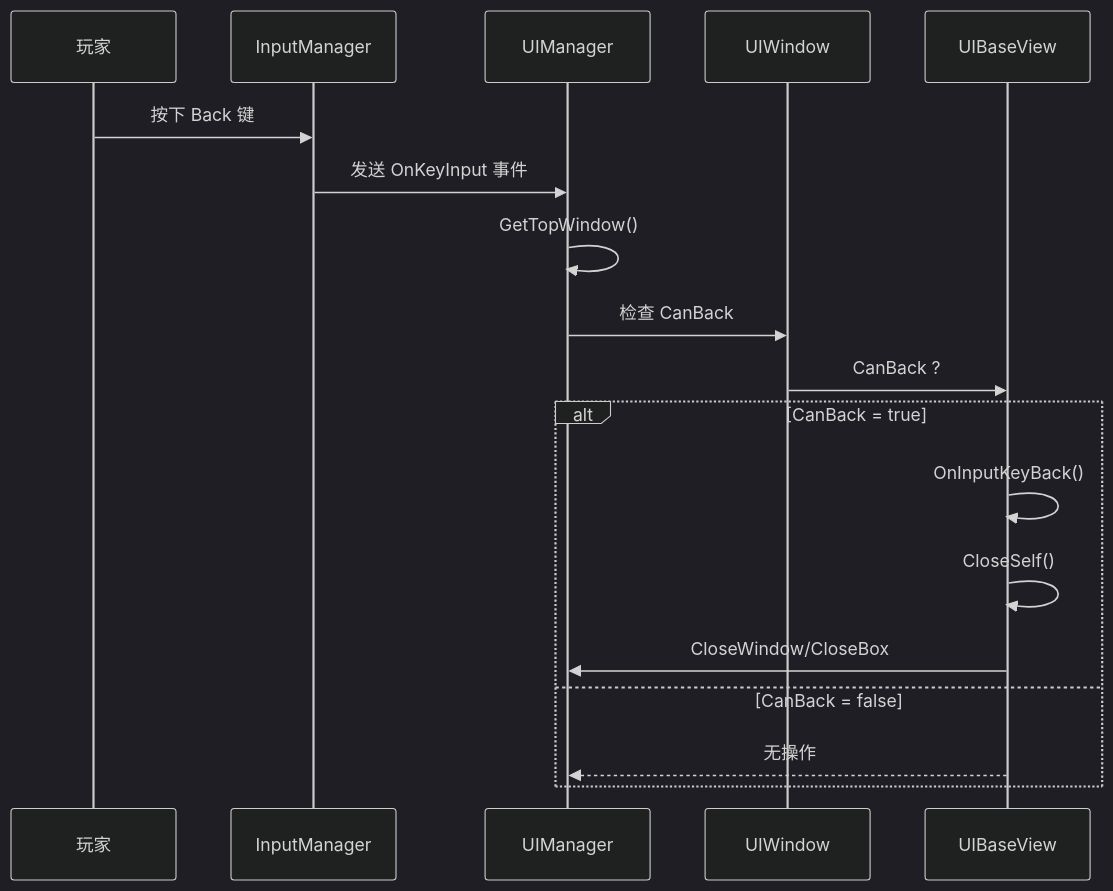
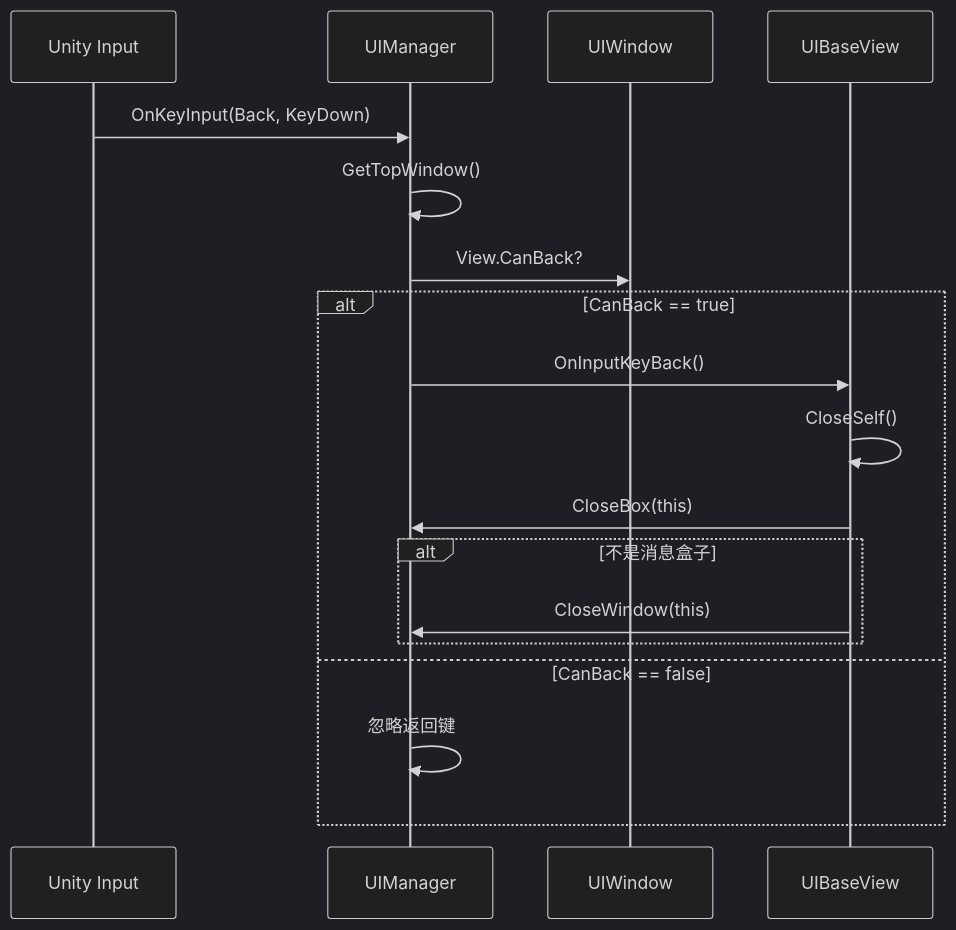
Before and after one commit to acsta/Container: the first of 3 diagrams in Assets/Scripts/Code/Module/UI/UIBaseView.cs.md, drawn with Mermaid (dark theme). The commit also changed other lines of this file and 1 other file, not shown here.

````diff
--- a/Assets/Scripts/Code/Module/UI/UIBaseView.cs.md
+++ b/Assets/Scripts/Code/Module/UI/UIBaseView.cs.md
@@ -346,22 +182,21 @@
 ```mermaid
 sequenceDiagram
-    participant Player as 玩家
-    participant Input as InputManager
+    participant Unity as Unity Input
     participant UM as UIManager
     participant Win as UIWindow
     participant View as UIBaseView
 
-    Player->>Input: 按下 Back 键
-    Input->>UM: 发送 OnKeyInput 事件
+    Unity->>UM: OnKeyInput(Back, KeyDown)
     UM->>UM: GetTopWindow()
-    UM->>Win: 检查 CanBack
-    Win->>View: CanBack ?
-    
-    alt CanBack = true
-        View->>View: OnInputKeyBack()
+    UM->>Win: View.CanBack?
+    alt CanBack == true
+        UM->>View: OnInputKeyBack()
         View->>View: CloseSelf()
-        View->>UM: CloseWindow/CloseBox
-    else CanBack = false
-        View-->>UM: 无操作
+        View->>UM: CloseBox(this)
+        alt 不是消息盒子
+            View->>UM: CloseWindow(this)
+        end
+    else CanBack == false
+        UM->>UM: 忽略返回键
     end
 ```
````
